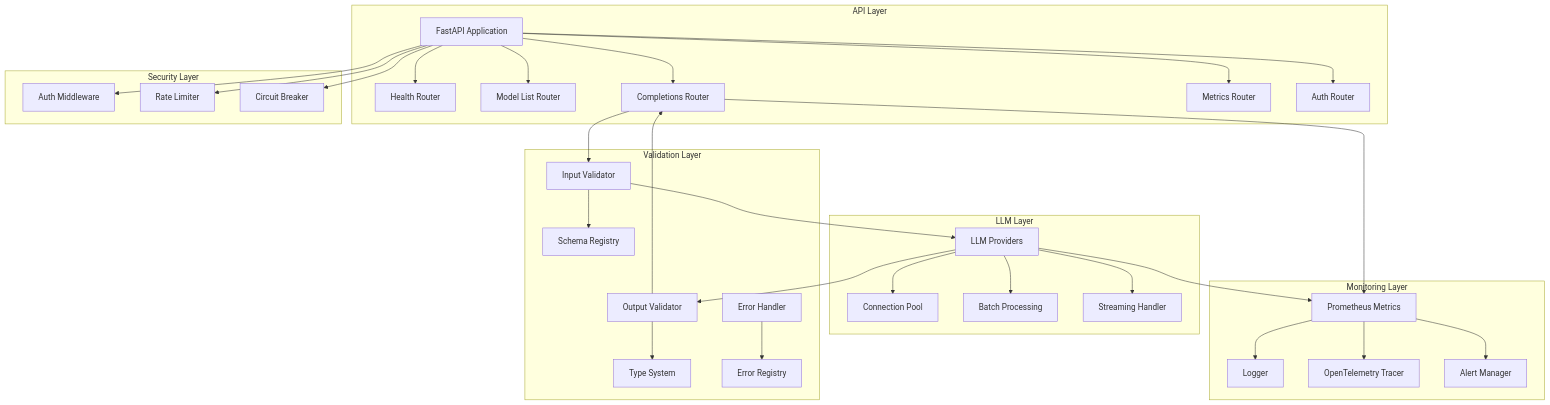
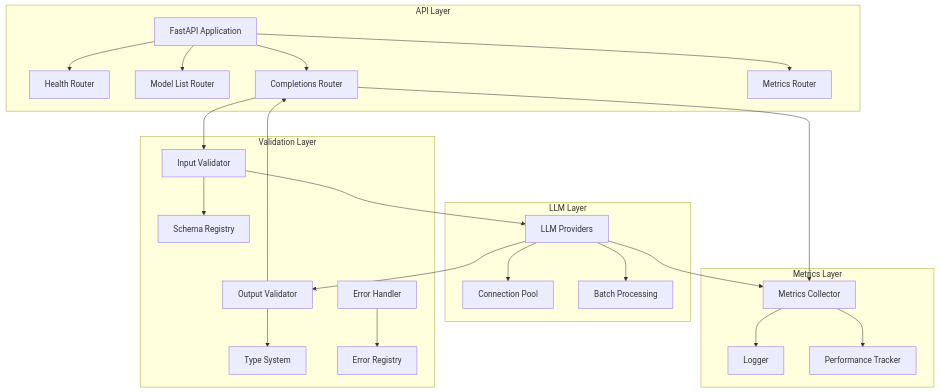
The diagram in docs/DEEP_DIVE.md (13Mai13/llm-server), drawn with Mermaid before and after one commit. The commit also changed other lines of this file, not shown here.

````diff
--- a/docs/DEEP_DIVE.md
+++ b/docs/DEEP_DIVE.md
@@ -21,44 +21,32 @@
 ```mermaid
 graph TD
     subgraph "API Layer"
         A[FastAPI Application] --> B[Health Router]
         A --> C[Model List Router]
         A --> D[Completions Router]
         A --> E[Metrics Router]
-        A --> F[Auth Router]
     end
 
     subgraph "LLM Layer"
         G[LLM Providers] --> H[Connection Pool]
         G --> I[Batch Processing]
-        G --> J[Streaming Handler]
     end
 
     subgraph "Validation Layer"
         V1[Input Validator] --> V2[Schema Registry]
         V3[Output Validator] --> V4[Type System]
         V5[Error Handler] --> V6[Error Registry]
     end
 
-    subgraph "Monitoring Layer"
-        K[Prometheus Metrics] --> L[Logger]
-        K --> M[OpenTelemetry Tracer]
-        K --> N[Alert Manager]
-    end
-
-    subgraph "Security Layer"
-        O[Auth Middleware]
-        P[Rate Limiter]
-        Q[Circuit Breaker]
+    subgraph "Metrics Layer"
+        K[Metrics Collector] --> L[Logger]
+        K --> M[Performance Tracker]
     end
 
     D --> V1
     V1 --> G
     G --> V3
     V3 --> D
     D --> K
     G --> K
-    A --> O
-    A --> P
-    A --> Q
 ```
````
